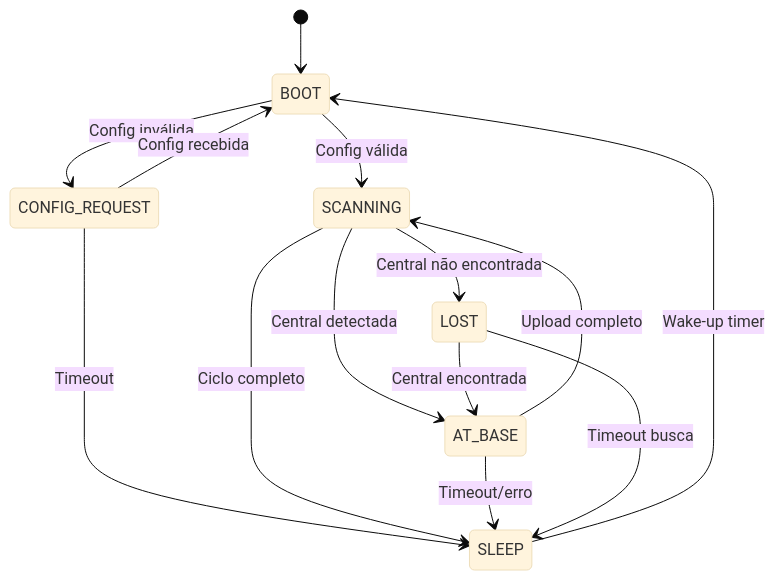
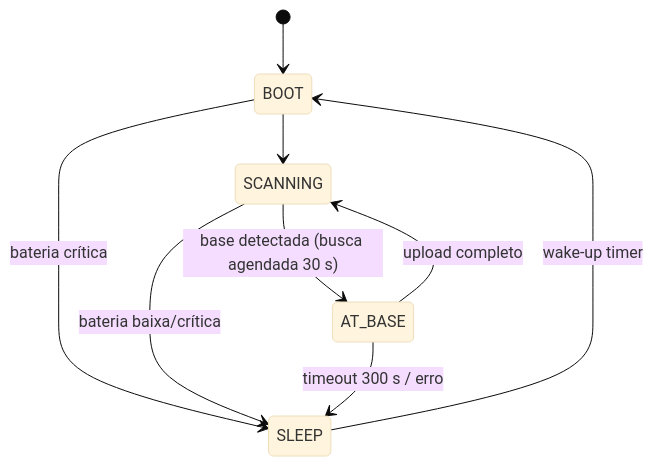
Before and after one commit to Ameciclo/bpr-sistema: the diagram in firmware/bici/README.md, drawn with Mermaid (base theme). The commit also changed other lines of this file and 51 other files, not shown here.

````diff
--- a/firmware/bici/README.md
+++ b/firmware/bici/README.md
@@ -23,16 +23,11 @@
 ```mermaid
 stateDiagram-v2
     [*] --> BOOT
-    BOOT --> CONFIG_REQUEST : Config inválida
-    BOOT --> SCANNING : Config válida
-    CONFIG_REQUEST --> BOOT : Config recebida
-    CONFIG_REQUEST --> SLEEP : Timeout
-    SCANNING --> AT_BASE : Central detectada
-    SCANNING --> LOST : Central não encontrada
-    SCANNING --> SLEEP : Ciclo completo
-    AT_BASE --> SCANNING : Upload completo
-    AT_BASE --> SLEEP : Timeout/erro
-    LOST --> AT_BASE : Central encontrada
-    LOST --> SLEEP : Timeout busca
-    SLEEP --> BOOT : Wake-up timer
+    BOOT --> SCANNING
+    BOOT --> SLEEP : bateria crítica
+    SCANNING --> AT_BASE : base detectada (busca agendada 30 s)
+    SCANNING --> SLEEP : bateria baixa/crítica
+    AT_BASE --> SCANNING : upload completo
+    AT_BASE --> SLEEP : timeout 300 s / erro
+    SLEEP --> BOOT : wake-up timer
 ```
````
